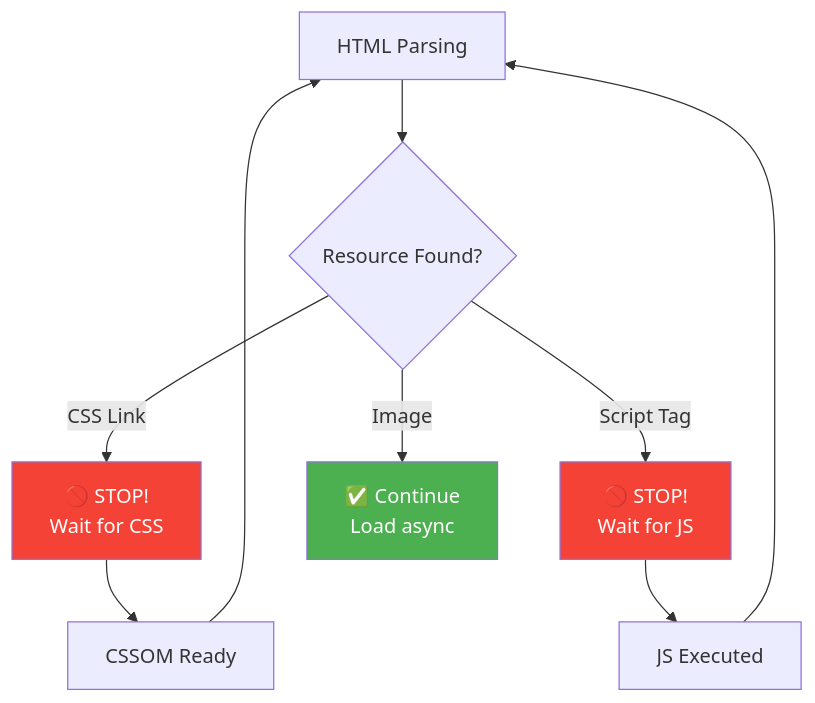
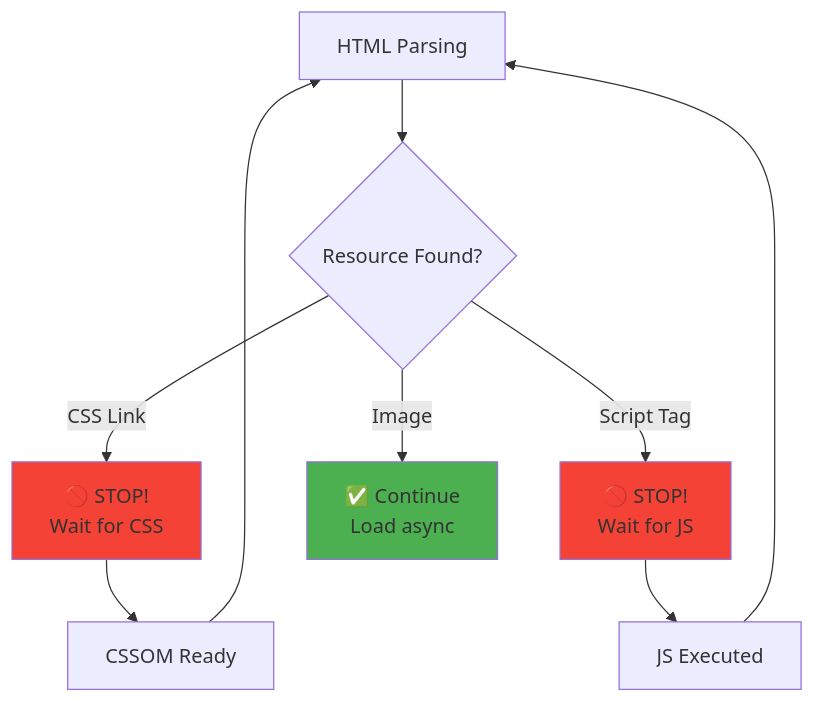
Before and after one commit to Anuhyaaa/web-optimization: diagram 14 of 35 in readme.md, drawn with Mermaid. The commit also changed other lines of this file and 1 other file, not shown here.

Commit message:
Fix Mermaid diagram text visibility by removing invalid color:white syntax

````diff
--- a/readme.md
+++ b/readme.md
@@ -1028,17 +1028,17 @@
 ```mermaid
 graph TD
     A[HTML Parsing] --> B{Resource Found?}
     B -->|CSS Link| C[🚫 STOP!<br/>Wait for CSS]
     B -->|Script Tag| D[🚫 STOP!<br/>Wait for JS]
     B -->|Image| E[✅ Continue<br/>Load async]
     
     C --> F[CSSOM Ready]
     F --> A
     
     D --> G[JS Executed]
     G --> A
     
-    style C fill:#F44336,color:white
-    style D fill:#F44336,color:white
-    style E fill:#4CAF50,color:white
+    style C fill:#F44336
+    style D fill:#F44336
+    style E fill:#4CAF50
 ```
````
